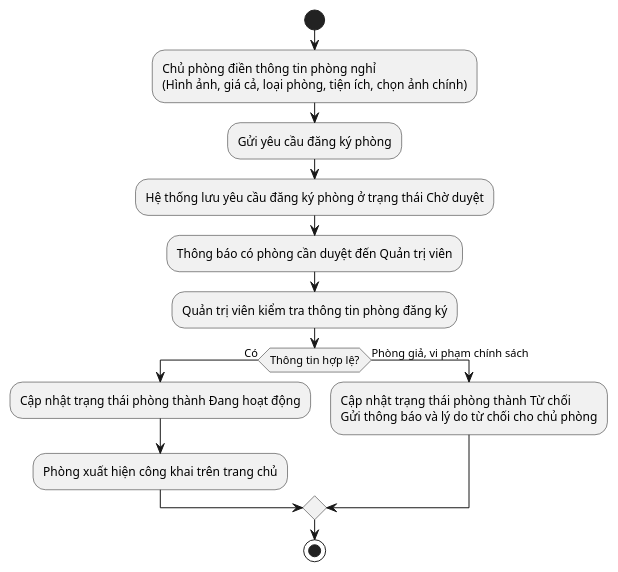
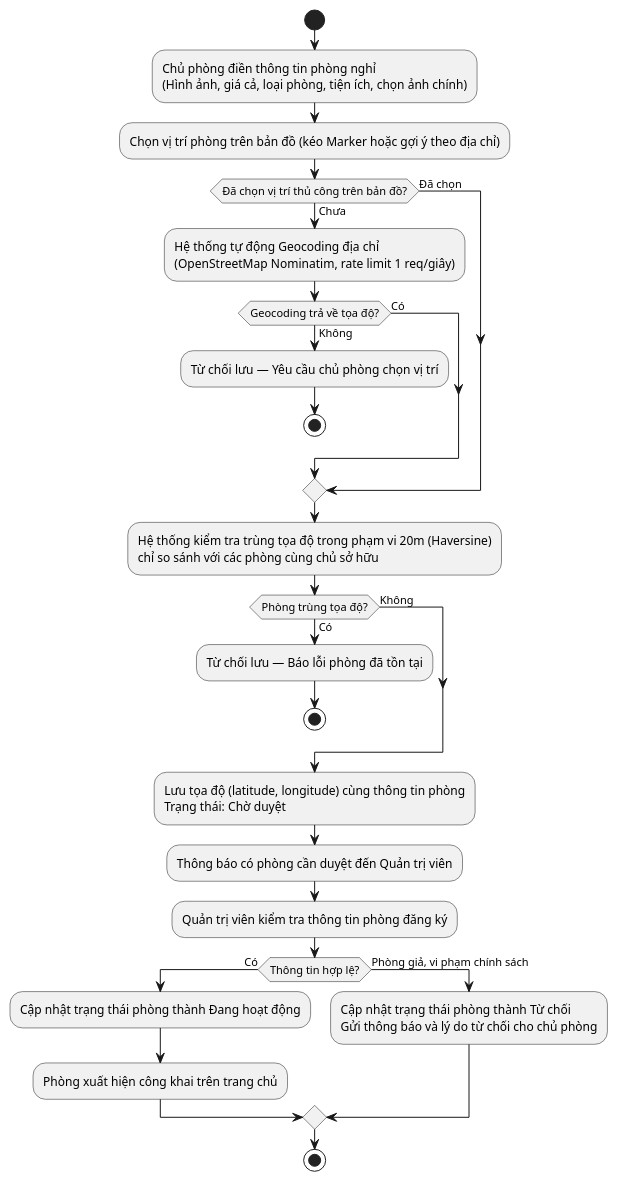
The seventh of 29 diagrams in huong_dan_ve_bieu_do.md (kienpham23/BuddingHotelStay-frontend), drawn with PlantUML before and after one commit. The commit also changed other lines of this file and 3 other files, not shown here.

````diff
--- a/huong_dan_ve_bieu_do.md
+++ b/huong_dan_ve_bieu_do.md
@@ -224,17 +216,32 @@
 ```plantuml
 @startuml
 start
 :Chủ phòng điền thông tin phòng nghỉ\n(Hình ảnh, giá cả, loại phòng, tiện ích, chọn ảnh chính);
-:Gửi yêu cầu đăng ký phòng;
-:Hệ thống lưu yêu cầu đăng ký phòng ở trạng thái Chờ duyệt;
+:Chọn vị trí phòng trên bản đồ (kéo Marker hoặc gợi ý theo địa chỉ);
+if (Đã chọn vị trí thủ công trên bản đồ?) then (Chưa)
+    :Hệ thống tự động Geocoding địa chỉ\n(OpenStreetMap Nominatim, rate limit 1 req/giây);
+    if (Geocoding trả về tọa độ?) then (Không)
+        :Từ chối lưu — Yêu cầu chủ phòng chọn vị trí;
+        stop
+    else (Có)
+    endif
+else (Đã chọn)
+endif
+:Hệ thống kiểm tra trùng tọa độ trong phạm vi 20m (Haversine)\nchỉ so sánh với các phòng cùng chủ sở hữu;
+if (Phòng trùng tọa độ?) then (Có)
+    :Từ chối lưu — Báo lỗi phòng đã tồn tại;
+    stop
+else (Không)
+endif
+:Lưu tọa độ (latitude, longitude) cùng thông tin phòng\nTrạng thái: Chờ duyệt;
 :Thông báo có phòng cần duyệt đến Quản trị viên;
 :Quản trị viên kiểm tra thông tin phòng đăng ký;
 if (Thông tin hợp lệ?) then (Có)
     :Cập nhật trạng thái phòng thành Đang hoạt động;
     :Phòng xuất hiện công khai trên trang chủ;
 else (Phòng giả, vi phạm chính sách)
     :Cập nhật trạng thái phòng thành Từ chối\nGửi thông báo và lý do từ chối cho chủ phòng;
 endif
 stop
 @enduml
 ```
````
